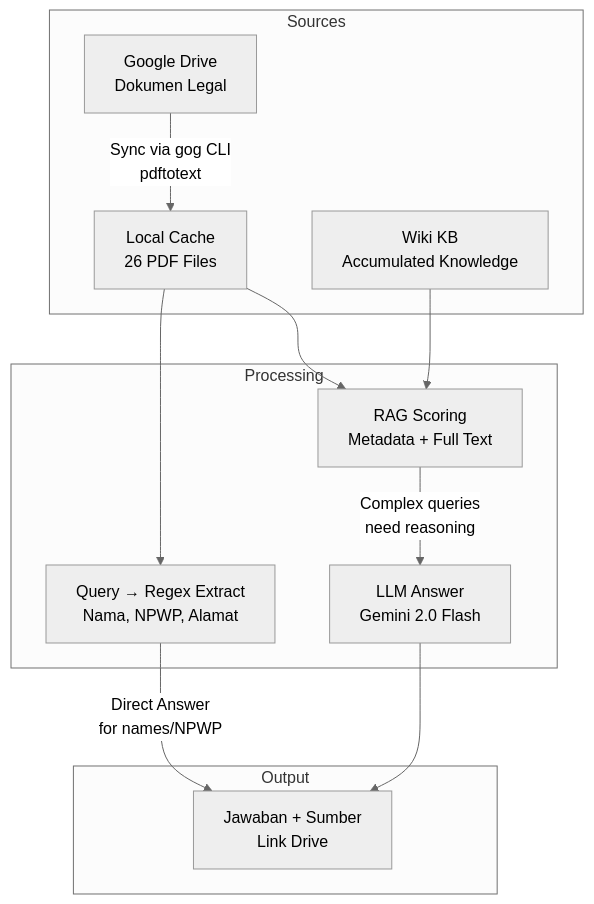
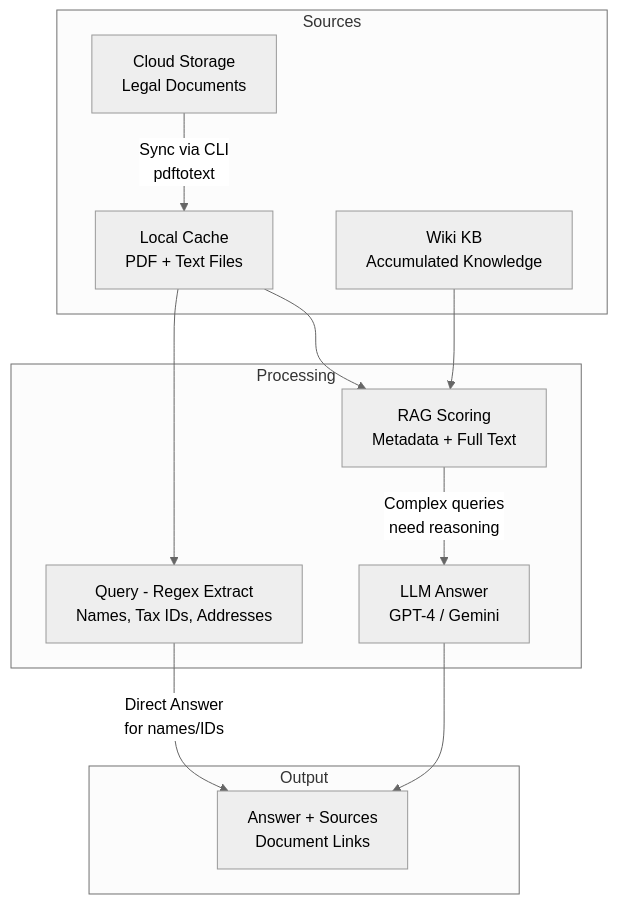
The first of 2 diagrams in tutorials/file-search-knowledge-base-karpathy-style.md (fanani-radian/openclaw-sumopod), drawn with Mermaid (neutral theme) before and after one commit. The commit also changed other lines of this file, not shown here.

````diff
--- a/tutorials/file-search-knowledge-base-karpathy-style.md
+++ b/tutorials/file-search-knowledge-base-karpathy-style.md
@@ -15,26 +19,26 @@
 ```mermaid
 flowchart TD
     subgraph Sources
-        A[Google Drive<br/>Dokumen Legal] 
-        B[Local Cache<br/>26 PDF Files]
+        A[Cloud Storage<br/>Legal Documents]
+        B[Local Cache<br/>PDF + Text Files]
         C[Wiki KB<br/>Accumulated Knowledge]
     end
-    
+
     subgraph Processing
-        D[Query → Regex Extract<br/>Nama, NPWP, Alamat]
+        D[Query - Regex Extract<br/>Names, Tax IDs, Addresses]
         E[RAG Scoring<br/>Metadata + Full Text]
-        F[LLM Answer<br/>Gemini 2.0 Flash]
+        F[LLM Answer<br/>GPT-4 / Gemini]
     end
-    
+
     subgraph Output
-        G[Jawaban + Sumber<br/>Link Drive]
+        G[Answer + Sources<br/>Document Links]
     end
-    
-    A -->|Sync via gog CLI<br/>pdftotext| B
+
+    A -->|Sync via CLI<br/>pdftotext| B
     B --> D
     B --> E
     C --> E
-    D -->|Direct Answer<br/>for names/NPWP| G
+    D -->|Direct Answer<br/>for names/IDs| G
     E -->|Complex queries<br/>need reasoning| F
     F --> G
 ```
````
